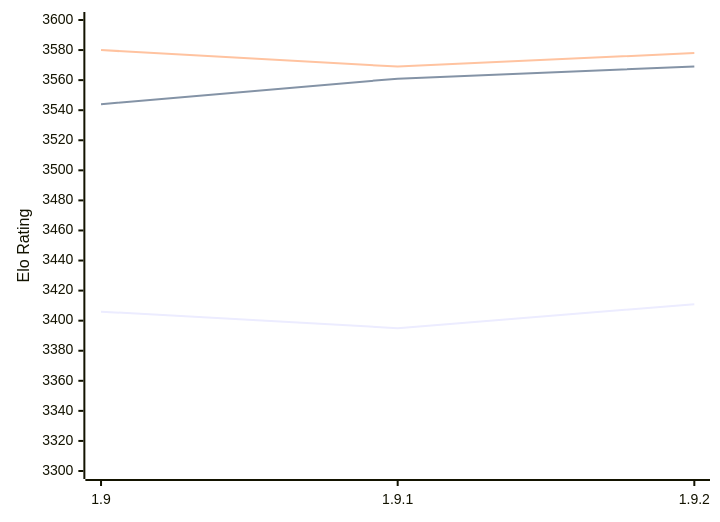
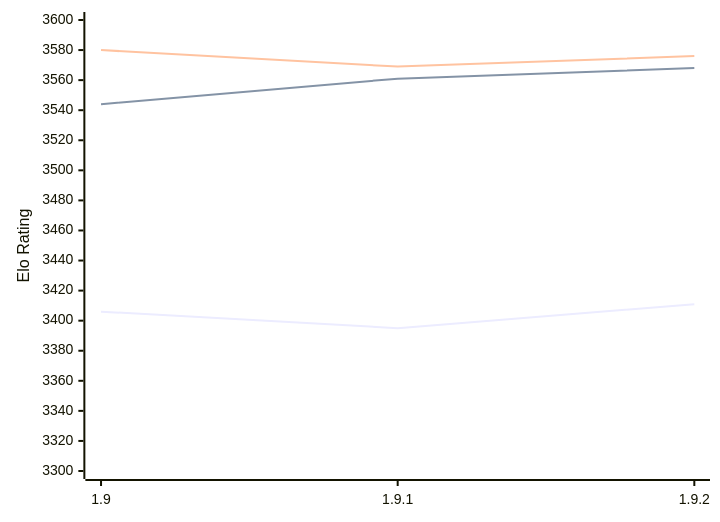
The diagram in engines/Pawnocchio.md (computer-chess-index/cci), drawn with Mermaid before and after one commit. The commit also changed other lines of this file, not shown here.

Commit message:
Update CCI Ratings (ELO VLTC) - 2026-02-11

````diff
--- a/engines/Pawnocchio.md
+++ b/engines/Pawnocchio.md
@@ -45,9 +45,9 @@
 ```mermaid
 %%{init: {"theme":"base","themeVariables":{"seriesColors:['#a3a3a3','#222221','#faa371']}}}%%
 xychart-beta
   x-axis ["1.9", "1.9.1", "1.9.2"]
   y-axis "Elo Rating" 3300 --> 3600
   line "STC (8.0+0.08s)" [3406, 3395, 3411]
-  line "LTC (60.0+0.60s)" [3544, 3561, 3569]
-  line "VLTC (2m24s+1.12s)" [3580, 3569, 3578]
+  line "LTC (60.0+0.60s)" [3544, 3561, 3568]
+  line "VLTC (2m24s+1.12s)" [3580, 3569, 3576]
 ```
````
